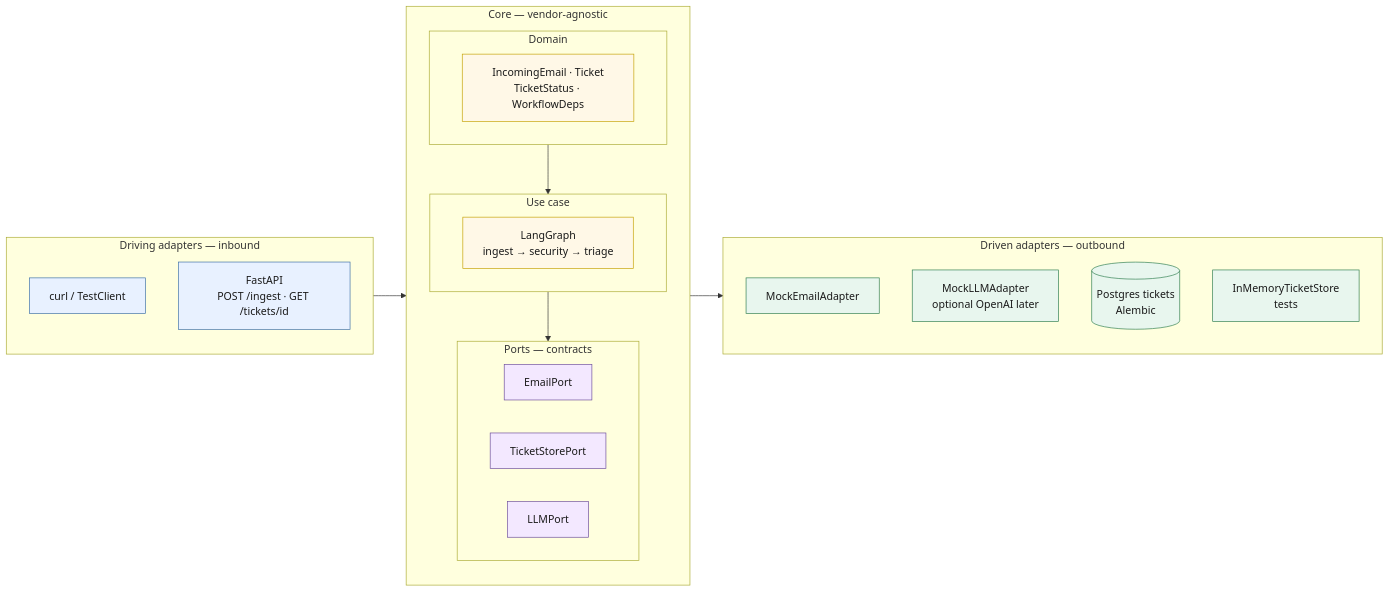
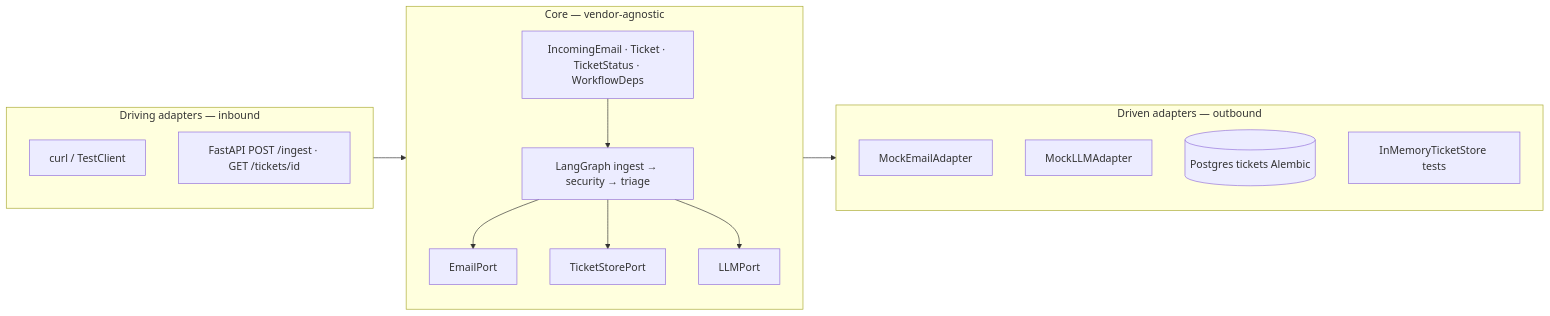
One commit to Jtomaspires/AP-wokflow changed the first of 6 diagrams in docs/diagrams/LAB_CALL_DIAGRAMS.md. Above: the diagram before and after it, drawn with Mermaid. The commit also changed other lines of this file and 11 other files, not shown here.

Commit message:
project scope bigger - more steps than triage... check diagram

````diff
--- a/docs/diagrams/LAB_CALL_DIAGRAMS.md
+++ b/docs/diagrams/LAB_CALL_DIAGRAMS.md
@@ -15,44 +17,27 @@
 ```mermaid
 flowchart LR
-  classDef driving fill:#E8F1FF,stroke:#3B6EA5,color:#1A1A1A
-  classDef core fill:#FFF8E7,stroke:#C4A000,color:#1A1A1A
-  classDef port fill:#F3E8FF,stroke:#6B4C9A,color:#1A1A1A
-  classDef driven fill:#E8F6EE,stroke:#2E7D4F,color:#1A1A1A
-
   subgraph IN["Driving adapters — inbound"]
-    direction TB
     CURL["curl / TestClient"]
-    API["FastAPI<br/>POST /ingest · GET /tickets/id"]
+    API["FastAPI POST /ingest · GET /tickets/id"]
   end
 
   subgraph HEX["Core — vendor-agnostic"]
-    direction TB
-    subgraph DOM["Domain"]
-      M["IncomingEmail · Ticket<br/>TicketStatus · WorkflowDeps"]
-    end
-    subgraph UC["Use case"]
-      WF["LangGraph<br/>ingest → security → triage"]
-    end
-    subgraph PORTS["Ports — contracts"]
-      PE["EmailPort"]
-      PT["TicketStorePort"]
-      PL["LLMPort"]
-    end
-    DOM --> UC --> PORTS
+    M["IncomingEmail · Ticket · TicketStatus · WorkflowDeps"]
+    WF["LangGraph ingest → security → triage"]
+    PE["EmailPort"]
+    PT["TicketStorePort"]
+    PL["LLMPort"]
+    M --> WF --> PE
+    WF --> PT
+    WF --> PL
   end
 
   subgraph OUT["Driven adapters — outbound"]
-    direction TB
     EM["MockEmailAdapter"]
-    LLM["MockLLMAdapter<br/>optional OpenAI later"]
-    PG[("Postgres tickets<br/>Alembic")]
-    MEM["InMemoryTicketStore<br/>tests"]
+    LLM["MockLLMAdapter"]
+    PG[("Postgres tickets Alembic")]
+    MEM["InMemoryTicketStore tests"]
   end
 
   IN --> HEX --> OUT
-
-  class CURL,API driving
-  class M,WF core
-  class PE,PT,PL port
-  class EM,LLM,PG,MEM driven
 ```
````
